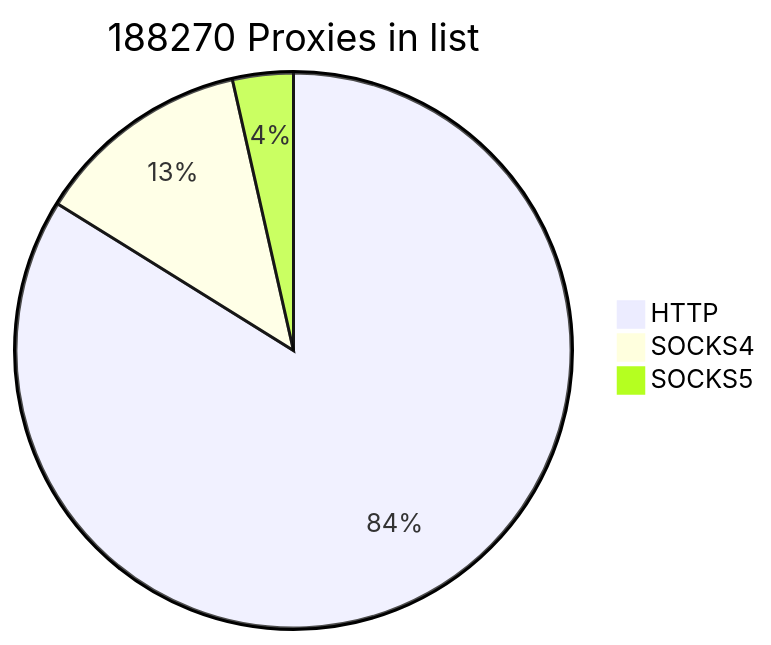
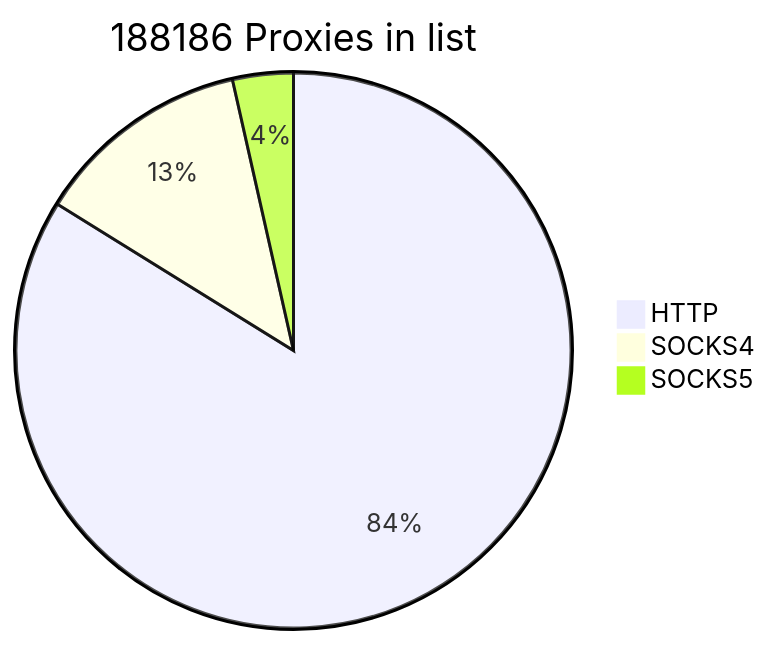
The first of 2 diagrams in README.md (cutipu/proxylist), drawn with Mermaid before and after one commit. The commit also changed other lines of this file, not shown here.

````diff
--- a/README.md
+++ b/README.md
@@ -2,7 +2,7 @@
 ```mermaid
-pie title 188270 Proxies in list
-    "HTTP" : 157879
-    "SOCKS4" : 23743
-    "SOCKS5" : 6648
+pie title 188186 Proxies in list
+    "HTTP" : 157754
+    "SOCKS4" : 23791
+    "SOCKS5" : 6641
             
 ```
````
